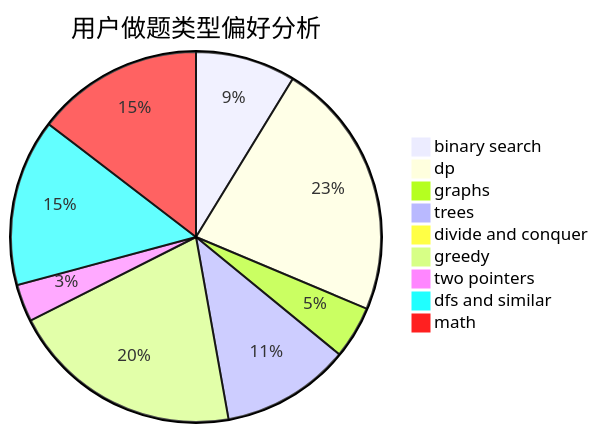
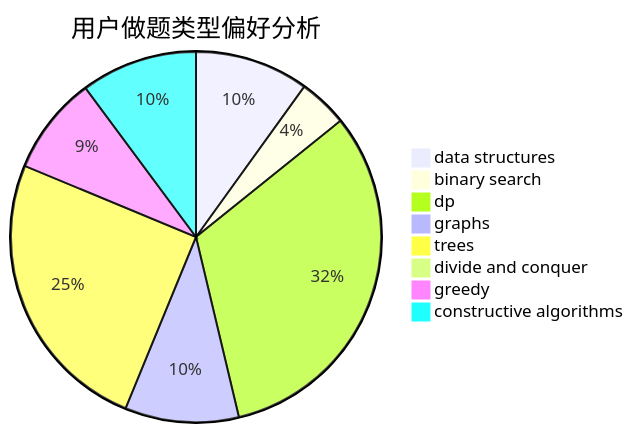
The second of 3 diagrams in docs/user/u2507.md (sherpahu/cfrs.github.io), drawn with Mermaid before and after one commit. The commit also changed other lines of this file and 2775 other files, not shown here.

````diff
--- a/docs/user/u2507.md
+++ b/docs/user/u2507.md
@@ -23,12 +23,11 @@
 ```mermaid
 pie title 用户做题类型偏好分析
-    "binary search" :  118
-    "dp" :  305
-    "graphs" :  62
-    "trees" :  152
+    "data structures" :  44
+    "binary search" :  19
+    "dp" :  142
+    "graphs" :  44
+    "trees" :  111
     "divide and conquer" :  0
-    "greedy" :  275
-    "two pointers" :  44
-    "dfs and similar" :  197
-    "math" :  197
+    "greedy" :  38
+    "constructive algorithms" :  45
 ```
````
